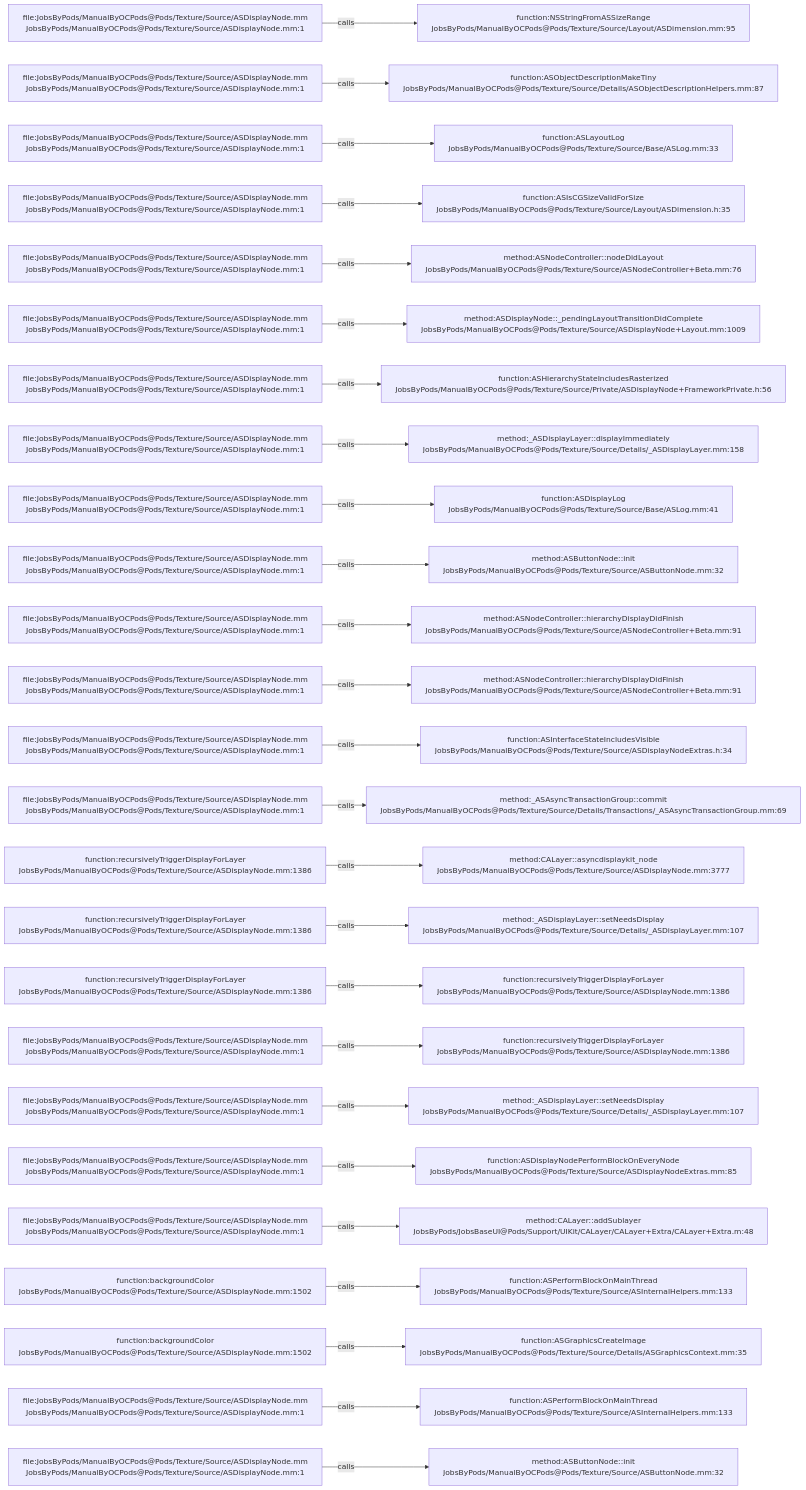
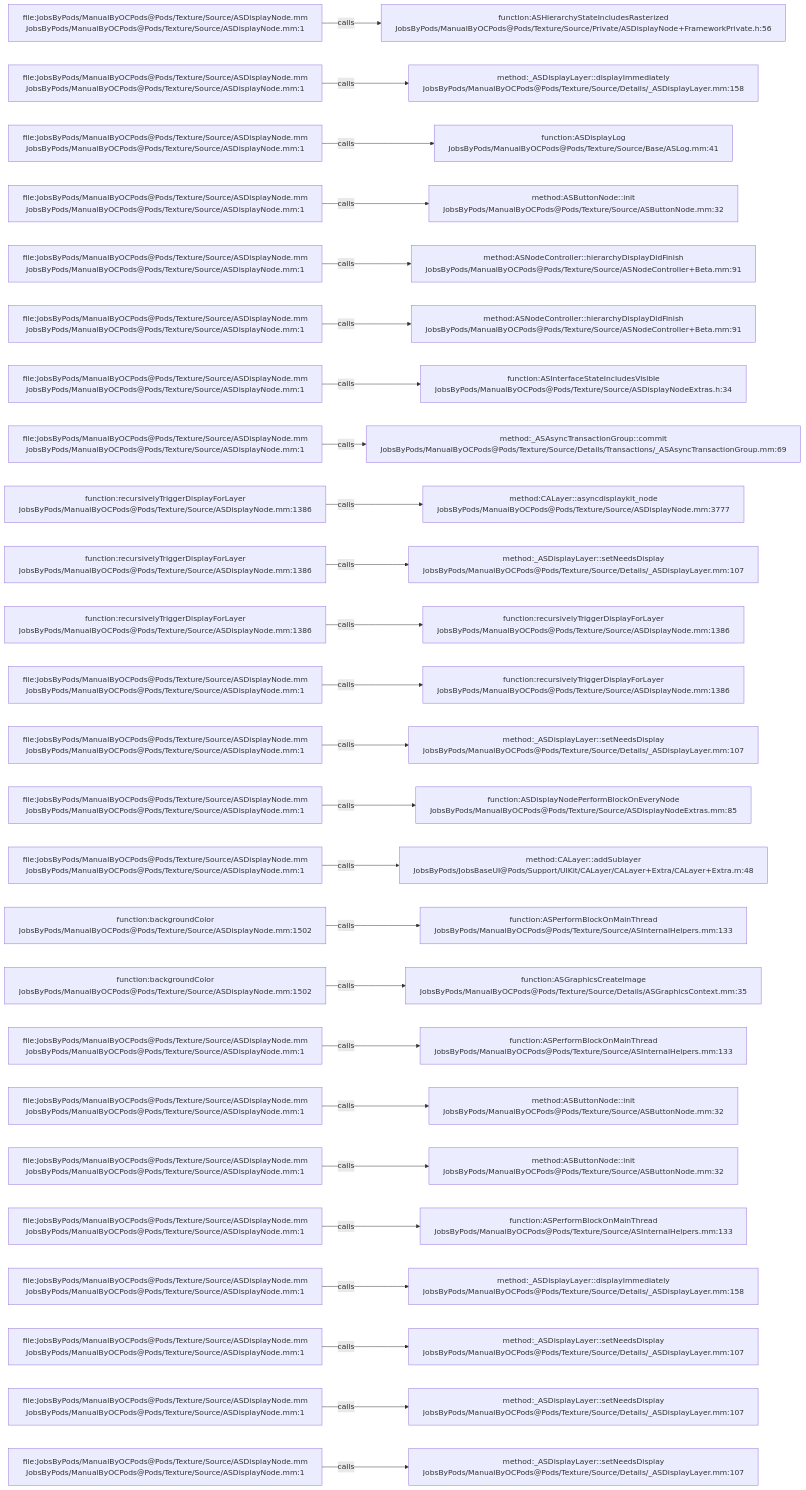
The diagram in .codegraph/codegraph.md/graphs/calls-091.md (JobsKits/JobsOCBaseConfigDemo), drawn with Mermaid before and after one commit. The commit also changed 666 other files, not shown here.

````diff
--- a/.codegraph/codegraph.md/graphs/calls-091.md
+++ b/.codegraph/codegraph.md/graphs/calls-091.md
@@ -13,78 +13,78 @@
 ```mermaid
 flowchart LR
   S1["file:JobsByPods/ManualByOCPods@Pods/Texture/Source/ASDisplayNode.mm<br/>JobsByPods/ManualByOCPods@Pods/Texture/Source/ASDisplayNode.mm:1"]
-  T1["function:NSStringFromASSizeRange<br/>JobsByPods/ManualByOCPods@Pods/Texture/Source/Layout/ASDimension.mm:95"]
+  T1["function:ASHierarchyStateIncludesRasterized<br/>JobsByPods/ManualByOCPods@Pods/Texture/Source/Private/ASDisplayNode+FrameworkPrivate.h:56"]
   S1 -->|calls| T1
   S2["file:JobsByPods/ManualByOCPods@Pods/Texture/Source/ASDisplayNode.mm<br/>JobsByPods/ManualByOCPods@Pods/Texture/Source/ASDisplayNode.mm:1"]
-  T2["function:ASObjectDescriptionMakeTiny<br/>JobsByPods/ManualByOCPods@Pods/Texture/Source/Details/ASObjectDescriptionHelpers.mm:87"]
+  T2["method:_ASDisplayLayer::displayImmediately<br/>JobsByPods/ManualByOCPods@Pods/Texture/Source/Details/_ASDisplayLayer.mm:158"]
   S2 -->|calls| T2
   S3["file:JobsByPods/ManualByOCPods@Pods/Texture/Source/ASDisplayNode.mm<br/>JobsByPods/ManualByOCPods@Pods/Texture/Source/ASDisplayNode.mm:1"]
-  T3["function:ASLayoutLog<br/>JobsByPods/ManualByOCPods@Pods/Texture/Source/Base/ASLog.mm:33"]
+  T3["function:ASDisplayLog<br/>JobsByPods/ManualByOCPods@Pods/Texture/Source/Base/ASLog.mm:41"]
   S3 -->|calls| T3
   S4["file:JobsByPods/ManualByOCPods@Pods/Texture/Source/ASDisplayNode.mm<br/>JobsByPods/ManualByOCPods@Pods/Texture/Source/ASDisplayNode.mm:1"]
-  T4["function:ASIsCGSizeValidForSize<br/>JobsByPods/ManualByOCPods@Pods/Texture/Source/Layout/ASDimension.h:35"]
+  T4["method:ASButtonNode::init<br/>JobsByPods/ManualByOCPods@Pods/Texture/Source/ASButtonNode.mm:32"]
   S4 -->|calls| T4
   S5["file:JobsByPods/ManualByOCPods@Pods/Texture/Source/ASDisplayNode.mm<br/>JobsByPods/ManualByOCPods@Pods/Texture/Source/ASDisplayNode.mm:1"]
-  T5["method:ASNodeController::nodeDidLayout<br/>JobsByPods/ManualByOCPods@Pods/Texture/Source/ASNodeController+Beta.mm:76"]
+  T5["method:ASNodeController::hierarchyDisplayDidFinish<br/>JobsByPods/ManualByOCPods@Pods/Texture/Source/ASNodeController+Beta.mm:91"]
   S5 -->|calls| T5
   S6["file:JobsByPods/ManualByOCPods@Pods/Texture/Source/ASDisplayNode.mm<br/>JobsByPods/ManualByOCPods@Pods/Texture/Source/ASDisplayNode.mm:1"]
-  T6["method:ASDisplayNode::_pendingLayoutTransitionDidComplete<br/>JobsByPods/ManualByOCPods@Pods/Texture/Source/ASDisplayNode+Layout.mm:1009"]
+  T6["method:ASNodeController::hierarchyDisplayDidFinish<br/>JobsByPods/ManualByOCPods@Pods/Texture/Source/ASNodeController+Beta.mm:91"]
   S6 -->|calls| T6
   S7["file:JobsByPods/ManualByOCPods@Pods/Texture/Source/ASDisplayNode.mm<br/>JobsByPods/ManualByOCPods@Pods/Texture/Source/ASDisplayNode.mm:1"]
-  T7["function:ASHierarchyStateIncludesRasterized<br/>JobsByPods/ManualByOCPods@Pods/Texture/Source/Private/ASDisplayNode+FrameworkPrivate.h:56"]
+  T7["function:ASInterfaceStateIncludesVisible<br/>JobsByPods/ManualByOCPods@Pods/Texture/Source/ASDisplayNodeExtras.h:34"]
   S7 -->|calls| T7
   S8["file:JobsByPods/ManualByOCPods@Pods/Texture/Source/ASDisplayNode.mm<br/>JobsByPods/ManualByOCPods@Pods/Texture/Source/ASDisplayNode.mm:1"]
-  T8["method:_ASDisplayLayer::displayImmediately<br/>JobsByPods/ManualByOCPods@Pods/Texture/Source/Details/_ASDisplayLayer.mm:158"]
+  T8["method:_ASAsyncTransactionGroup::commit<br/>JobsByPods/ManualByOCPods@Pods/Texture/Source/Details/Transactions/_ASAsyncTransactionGroup.mm:69"]
   S8 -->|calls| T8
-  S9["file:JobsByPods/ManualByOCPods@Pods/Texture/Source/ASDisplayNode.mm<br/>JobsByPods/ManualByOCPods@Pods/Texture/Source/ASDisplayNode.mm:1"]
-  T9["function:ASDisplayLog<br/>JobsByPods/ManualByOCPods@Pods/Texture/Source/Base/ASLog.mm:41"]
+  S9["function:recursivelyTriggerDisplayForLayer<br/>JobsByPods/ManualByOCPods@Pods/Texture/Source/ASDisplayNode.mm:1386"]
+  T9["method:CALayer::asyncdisplaykit_node<br/>JobsByPods/ManualByOCPods@Pods/Texture/Source/ASDisplayNode.mm:3777"]
   S9 -->|calls| T9
-  S10["file:JobsByPods/ManualByOCPods@Pods/Texture/Source/ASDisplayNode.mm<br/>JobsByPods/ManualByOCPods@Pods/Texture/Source/ASDisplayNode.mm:1"]
-  T10["method:ASButtonNode::init<br/>JobsByPods/ManualByOCPods@Pods/Texture/Source/ASButtonNode.mm:32"]
+  S10["function:recursivelyTriggerDisplayForLayer<br/>JobsByPods/ManualByOCPods@Pods/Texture/Source/ASDisplayNode.mm:1386"]
+  T10["method:_ASDisplayLayer::setNeedsDisplay<br/>JobsByPods/ManualByOCPods@Pods/Texture/Source/Details/_ASDisplayLayer.mm:107"]
   S10 -->|calls| T10
-  S11["file:JobsByPods/ManualByOCPods@Pods/Texture/Source/ASDisplayNode.mm<br/>JobsByPods/ManualByOCPods@Pods/Texture/Source/ASDisplayNode.mm:1"]
-  T11["method:ASNodeController::hierarchyDisplayDidFinish<br/>JobsByPods/ManualByOCPods@Pods/Texture/Source/ASNodeController+Beta.mm:91"]
+  S11["function:recursivelyTriggerDisplayForLayer<br/>JobsByPods/ManualByOCPods@Pods/Texture/Source/ASDisplayNode.mm:1386"]
+  T11["function:recursivelyTriggerDisplayForLayer<br/>JobsByPods/ManualByOCPods@Pods/Texture/Source/ASDisplayNode.mm:1386"]
   S11 -->|calls| T11
   S12["file:JobsByPods/ManualByOCPods@Pods/Texture/Source/ASDisplayNode.mm<br/>JobsByPods/ManualByOCPods@Pods/Texture/Source/ASDisplayNode.mm:1"]
-  T12["method:ASNodeController::hierarchyDisplayDidFinish<br/>JobsByPods/ManualByOCPods@Pods/Texture/Source/ASNodeController+Beta.mm:91"]
+  T12["function:recursivelyTriggerDisplayForLayer<br/>JobsByPods/ManualByOCPods@Pods/Texture/Source/ASDisplayNode.mm:1386"]
   S12 -->|calls| T12
   S13["file:JobsByPods/ManualByOCPods@Pods/Texture/Source/ASDisplayNode.mm<br/>JobsByPods/ManualByOCPods@Pods/Texture/Source/ASDisplayNode.mm:1"]
-  T13["function:ASInterfaceStateIncludesVisible<br/>JobsByPods/ManualByOCPods@Pods/Texture/Source/ASDisplayNodeExtras.h:34"]
+  T13["method:_ASDisplayLayer::setNeedsDisplay<br/>JobsByPods/ManualByOCPods@Pods/Texture/Source/Details/_ASDisplayLayer.mm:107"]
   S13 -->|calls| T13
   S14["file:JobsByPods/ManualByOCPods@Pods/Texture/Source/ASDisplayNode.mm<br/>JobsByPods/ManualByOCPods@Pods/Texture/Source/ASDisplayNode.mm:1"]
-  T14["method:_ASAsyncTransactionGroup::commit<br/>JobsByPods/ManualByOCPods@Pods/Texture/Source/Details/Transactions/_ASAsyncTransactionGroup.mm:69"]
+  T14["function:ASDisplayNodePerformBlockOnEveryNode<br/>JobsByPods/ManualByOCPods@Pods/Texture/Source/ASDisplayNodeExtras.mm:85"]
   S14 -->|calls| T14
-  S15["function:recursivelyTriggerDisplayForLayer<br/>JobsByPods/ManualByOCPods@Pods/Texture/Source/ASDisplayNode.mm:1386"]
-  T15["method:CALayer::asyncdisplaykit_node<br/>JobsByPods/ManualByOCPods@Pods/Texture/Source/ASDisplayNode.mm:3777"]
+  S15["file:JobsByPods/ManualByOCPods@Pods/Texture/Source/ASDisplayNode.mm<br/>JobsByPods/ManualByOCPods@Pods/Texture/Source/ASDisplayNode.mm:1"]
+  T15["method:CALayer::addSublayer<br/>JobsByPods/JobsBaseUI@Pods/Support/UIKit/CALayer/CALayer+Extra/CALayer+Extra.m:48"]
   S15 -->|calls| T15
-  S16["function:recursivelyTriggerDisplayForLayer<br/>JobsByPods/ManualByOCPods@Pods/Texture/Source/ASDisplayNode.mm:1386"]
-  T16["method:_ASDisplayLayer::setNeedsDisplay<br/>JobsByPods/ManualByOCPods@Pods/Texture/Source/Details/_ASDisplayLayer.mm:107"]
+  S16["function:backgroundColor<br/>JobsByPods/ManualByOCPods@Pods/Texture/Source/ASDisplayNode.mm:1502"]
+  T16["function:ASPerformBlockOnMainThread<br/>JobsByPods/ManualByOCPods@Pods/Texture/Source/ASInternalHelpers.mm:133"]
   S16 -->|calls| T16
-  S17["function:recursivelyTriggerDisplayForLayer<br/>JobsByPods/ManualByOCPods@Pods/Texture/Source/ASDisplayNode.mm:1386"]
-  T17["function:recursivelyTriggerDisplayForLayer<br/>JobsByPods/ManualByOCPods@Pods/Texture/Source/ASDisplayNode.mm:1386"]
+  S17["function:backgroundColor<br/>JobsByPods/ManualByOCPods@Pods/Texture/Source/ASDisplayNode.mm:1502"]
+  T17["function:ASGraphicsCreateImage<br/>JobsByPods/ManualByOCPods@Pods/Texture/Source/Details/ASGraphicsContext.mm:35"]
   S17 -->|calls| T17
   S18["file:JobsByPods/ManualByOCPods@Pods/Texture/Source/ASDisplayNode.mm<br/>JobsByPods/ManualByOCPods@Pods/Texture/Source/ASDisplayNode.mm:1"]
-  T18["function:recursivelyTriggerDisplayForLayer<br/>JobsByPods/ManualByOCPods@Pods/Texture/Source/ASDisplayNode.mm:1386"]
+  T18["function:ASPerformBlockOnMainThread<br/>JobsByPods/ManualByOCPods@Pods/Texture/Source/ASInternalHelpers.mm:133"]
   S18 -->|calls| T18
   S19["file:JobsByPods/ManualByOCPods@Pods/Texture/Source/ASDisplayNode.mm<br/>JobsByPods/ManualByOCPods@Pods/Texture/Source/ASDisplayNode.mm:1"]
-  T19["method:_ASDisplayLayer::setNeedsDisplay<br/>JobsByPods/ManualByOCPods@Pods/Texture/Source/Details/_ASDisplayLayer.mm:107"]
+  T19["method:ASButtonNode::init<br/>JobsByPods/ManualByOCPods@Pods/Texture/Source/ASButtonNode.mm:32"]
   S19 -->|calls| T19
   S20["file:JobsByPods/ManualByOCPods@Pods/Texture/Source/ASDisplayNode.mm<br/>JobsByPods/ManualByOCPods@Pods/Texture/Source/ASDisplayNode.mm:1"]
-  T20["function:ASDisplayNodePerformBlockOnEveryNode<br/>JobsByPods/ManualByOCPods@Pods/Texture/Source/ASDisplayNodeExtras.mm:85"]
+  T20["method:ASButtonNode::init<br/>JobsByPods/ManualByOCPods@Pods/Texture/Source/ASButtonNode.mm:32"]
   S20 -->|calls| T20
   S21["file:JobsByPods/ManualByOCPods@Pods/Texture/Source/ASDisplayNode.mm<br/>JobsByPods/ManualByOCPods@Pods/Texture/Source/ASDisplayNode.mm:1"]
-  T21["method:CALayer::addSublayer<br/>JobsByPods/JobsBaseUI@Pods/Support/UIKit/CALayer/CALayer+Extra/CALayer+Extra.m:48"]
+  T21["function:ASPerformBlockOnMainThread<br/>JobsByPods/ManualByOCPods@Pods/Texture/Source/ASInternalHelpers.mm:133"]
   S21 -->|calls| T21
-  S22["function:backgroundColor<br/>JobsByPods/ManualByOCPods@Pods/Texture/Source/ASDisplayNode.mm:1502"]
-  T22["function:ASPerformBlockOnMainThread<br/>JobsByPods/ManualByOCPods@Pods/Texture/Source/ASInternalHelpers.mm:133"]
+  S22["file:JobsByPods/ManualByOCPods@Pods/Texture/Source/ASDisplayNode.mm<br/>JobsByPods/ManualByOCPods@Pods/Texture/Source/ASDisplayNode.mm:1"]
+  T22["method:_ASDisplayLayer::displayImmediately<br/>JobsByPods/ManualByOCPods@Pods/Texture/Source/Details/_ASDisplayLayer.mm:158"]
   S22 -->|calls| T22
-  S23["function:backgroundColor<br/>JobsByPods/ManualByOCPods@Pods/Texture/Source/ASDisplayNode.mm:1502"]
-  T23["function:ASGraphicsCreateImage<br/>JobsByPods/ManualByOCPods@Pods/Texture/Source/Details/ASGraphicsContext.mm:35"]
+  S23["file:JobsByPods/ManualByOCPods@Pods/Texture/Source/ASDisplayNode.mm<br/>JobsByPods/ManualByOCPods@Pods/Texture/Source/ASDisplayNode.mm:1"]
+  T23["method:_ASDisplayLayer::setNeedsDisplay<br/>JobsByPods/ManualByOCPods@Pods/Texture/Source/Details/_ASDisplayLayer.mm:107"]
   S23 -->|calls| T23
   S24["file:JobsByPods/ManualByOCPods@Pods/Texture/Source/ASDisplayNode.mm<br/>JobsByPods/ManualByOCPods@Pods/Texture/Source/ASDisplayNode.mm:1"]
-  T24["function:ASPerformBlockOnMainThread<br/>JobsByPods/ManualByOCPods@Pods/Texture/Source/ASInternalHelpers.mm:133"]
+  T24["method:_ASDisplayLayer::setNeedsDisplay<br/>JobsByPods/ManualByOCPods@Pods/Texture/Source/Details/_ASDisplayLayer.mm:107"]
   S24 -->|calls| T24
   S25["file:JobsByPods/ManualByOCPods@Pods/Texture/Source/ASDisplayNode.mm<br/>JobsByPods/ManualByOCPods@Pods/Texture/Source/ASDisplayNode.mm:1"]
-  T25["method:ASButtonNode::init<br/>JobsByPods/ManualByOCPods@Pods/Texture/Source/ASButtonNode.mm:32"]
+  T25["method:_ASDisplayLayer::setNeedsDisplay<br/>JobsByPods/ManualByOCPods@Pods/Texture/Source/Details/_ASDisplayLayer.mm:107"]
   S25 -->|calls| T25
 ```
````
